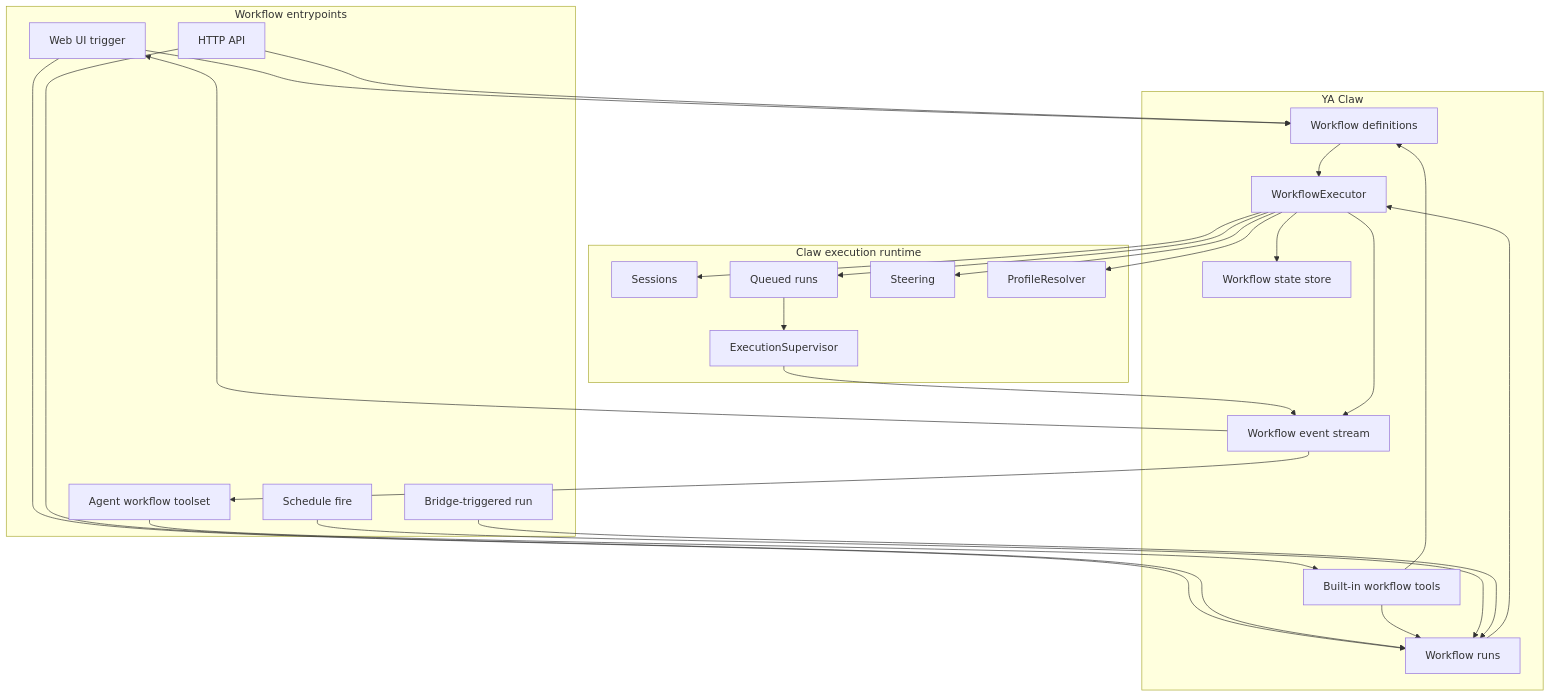
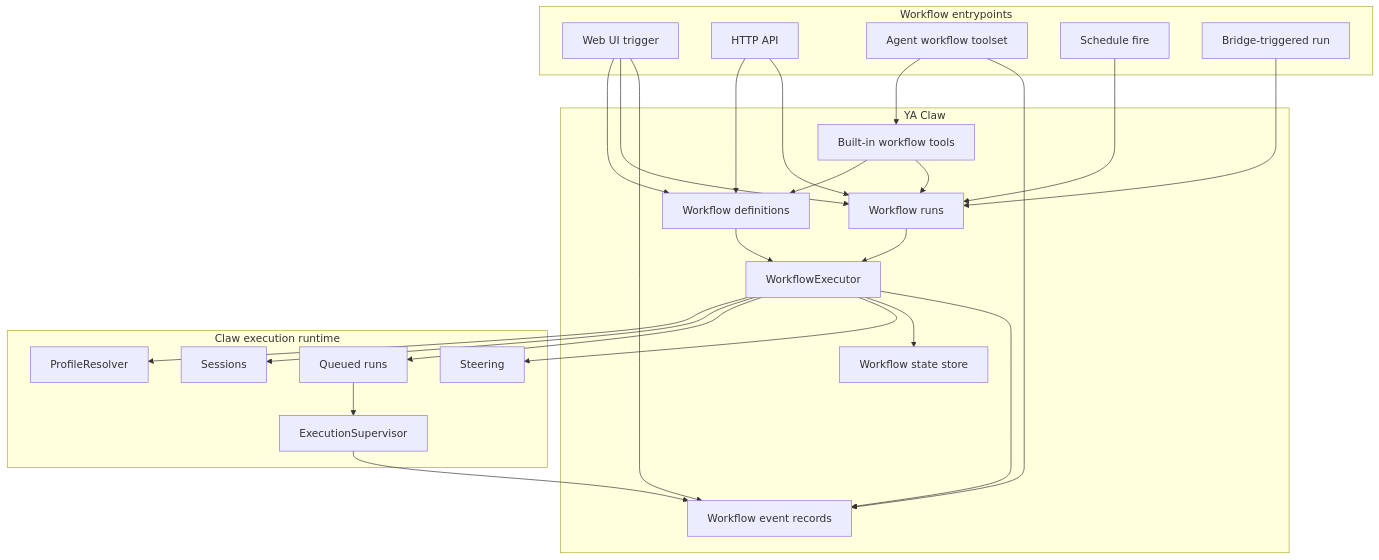
The first of 2 diagrams in packages/ya-claw/spec/13-workflows.md (Wh1isper/ya-agent-sdk), drawn with Mermaid before and after one commit. The commit also changed other lines of this file and 446 other files, not shown here.

````diff
--- a/packages/ya-claw/spec/13-workflows.md
+++ b/packages/ya-claw/spec/13-workflows.md
@@ -26,50 +26,50 @@
 ```mermaid
 flowchart TB
     subgraph Entry[Workflow entrypoints]
         WEB[Web UI trigger]
         API[HTTP API]
         AGENT[Agent workflow toolset]
         SCHED[Schedule fire]
         BRIDGE[Bridge-triggered run]
     end
 
     subgraph Claw[YA Claw]
         WFDEF[Workflow definitions]
         WFRUN[Workflow runs]
         WFEXEC[WorkflowExecutor]
         WFSTATE[Workflow state store]
-        EVENTS[Workflow event stream]
+        EVENTS[Workflow event records]
         TOOLSET[Built-in workflow tools]
     end
 
     subgraph Runtime[Claw execution runtime]
         SESS[Sessions]
         RUNS[Queued runs]
         STEER[Steering]
         PROF[ProfileResolver]
         SUP[ExecutionSupervisor]
     end
 
     WEB --> WFDEF
     WEB --> WFRUN
     API --> WFDEF
     API --> WFRUN
     AGENT --> TOOLSET
     TOOLSET --> WFDEF
     TOOLSET --> WFRUN
     SCHED --> WFRUN
     BRIDGE --> WFRUN
 
     WFDEF --> WFEXEC
     WFRUN --> WFEXEC
     WFEXEC --> PROF
     WFEXEC --> SESS
     WFEXEC --> RUNS
     WFEXEC --> STEER
     RUNS --> SUP
     SUP --> EVENTS
     WFEXEC --> WFSTATE
     WFEXEC --> EVENTS
-    EVENTS --> AGENT
-    EVENTS --> WEB
+    AGENT --> EVENTS
+    WEB --> EVENTS
 ```
````
